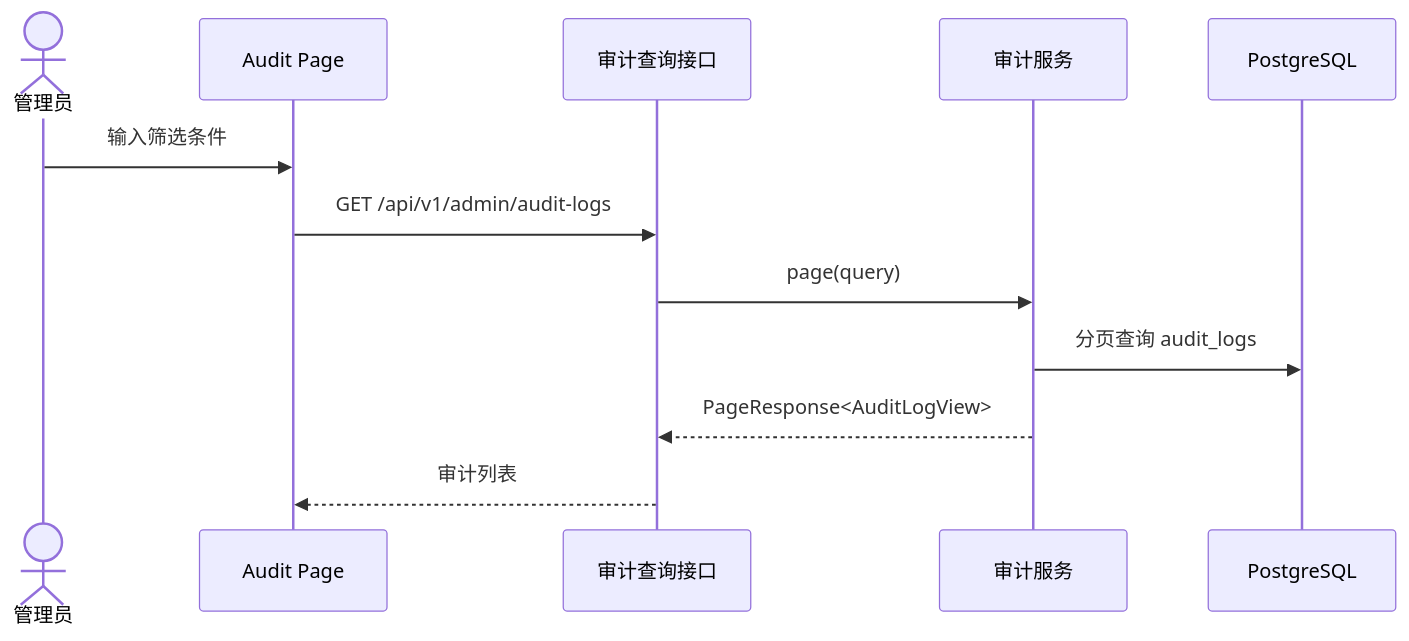
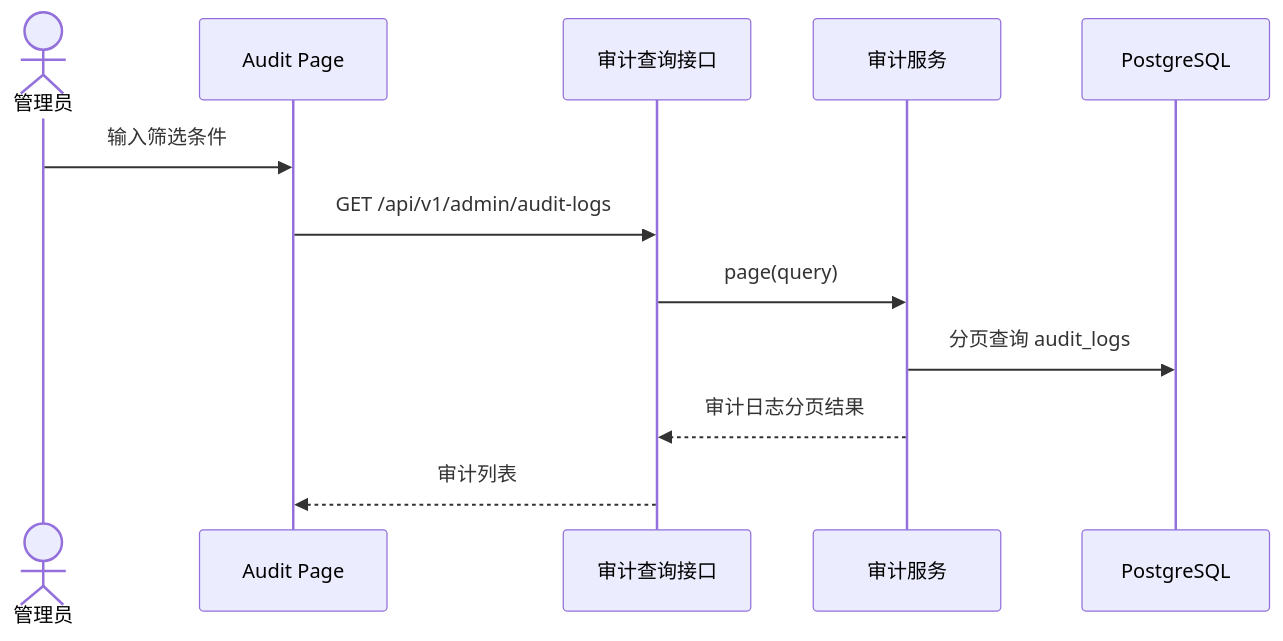
Before and after one commit to BUAA-SEProject/docs: diagram 22 of 36 in 02-process-docs/detailed-design.md, drawn with Mermaid. The commit also changed other lines of this file and 3 other files, not shown here.

````diff
--- a/02-process-docs/detailed-design.md
+++ b/02-process-docs/detailed-design.md
@@ -483,15 +483,15 @@
 ```mermaid
 sequenceDiagram
   actor Admin as 管理员
   participant W as Audit Page
   participant C as 审计查询接口
   participant S as 审计服务
   participant DB as PostgreSQL
 
   Admin->>W: 输入筛选条件
   W->>C: GET /api/v1/admin/audit-logs
   C->>S: page(query)
   S->>DB: 分页查询 audit_logs
-  S-->>C: PageResponse<AuditLogView>
+  S-->>C: 审计日志分页结果
   C-->>W: 审计列表
 ```
````
